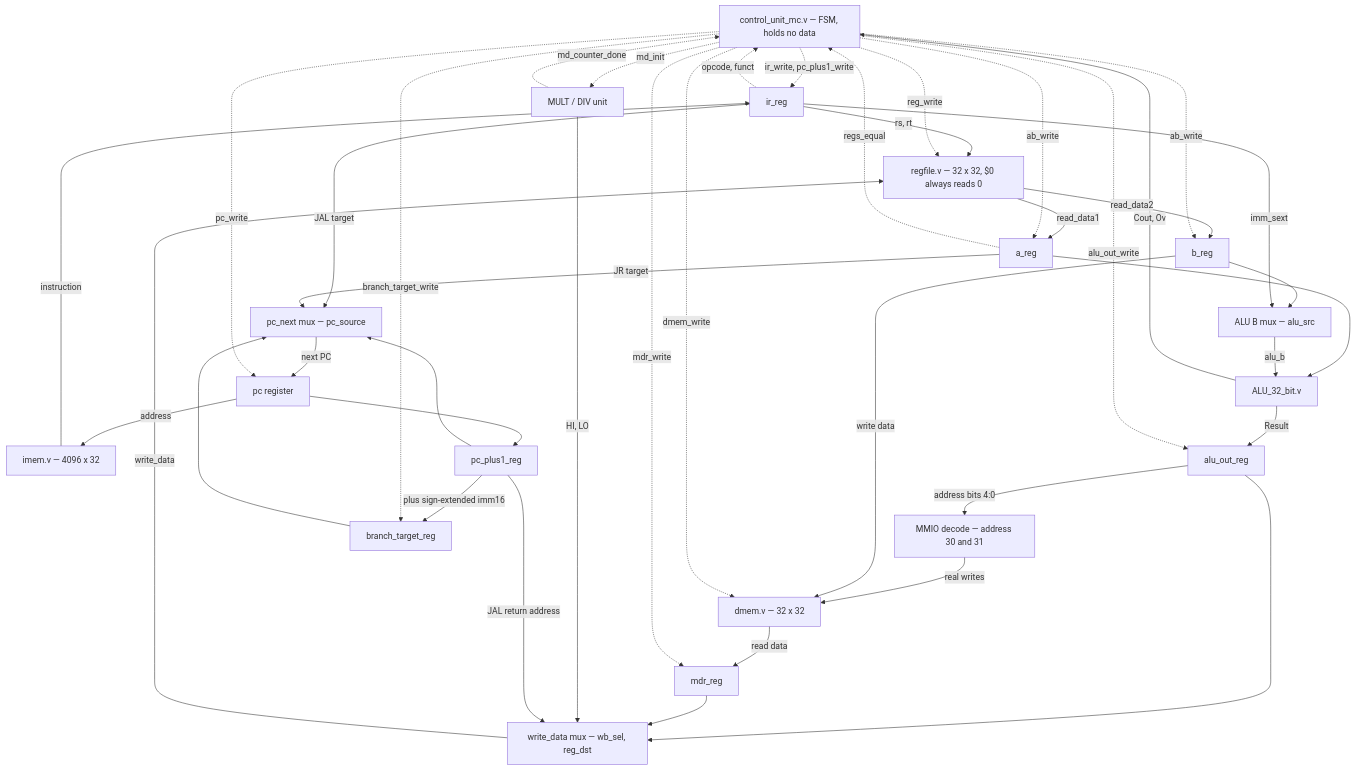
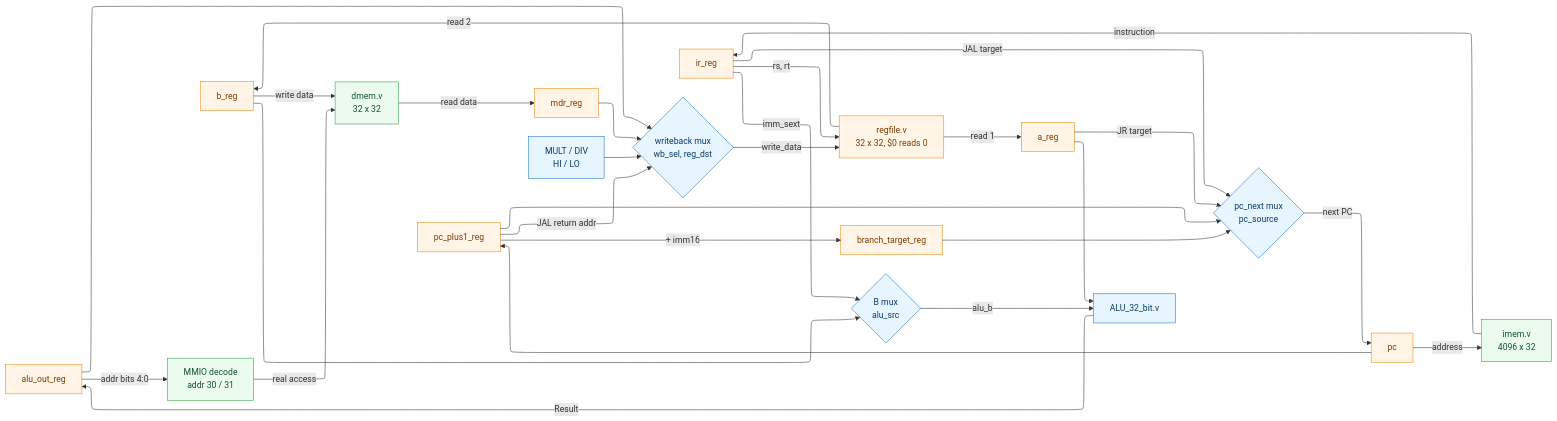
The second of 11 diagrams in ARCHITECTURE.md (AtikRahat/mips-multi-cycle-cpu), drawn with Mermaid before and after one commit. The commit also changed other lines of this file and 13 other files, not shown here.

First line of the commit message:
Switch architecture diagrams to the ELK layout engine

````diff
--- a/ARCHITECTURE.md
+++ b/ARCHITECTURE.md
@@ -86,70 +100,60 @@
 ```mermaid
-flowchart TD
-    FSM["control_unit_mc.v — FSM, holds no data"]
-
-    PC["pc register"]
-    IMEM["imem.v — 4096 x 32"]
+%%{init: {"flowchart": {"defaultRenderer": "elk"}} }%%
+flowchart LR
+    PC["pc"]
+    IMEM["imem.v<br/>4096 x 32"]
     IR["ir_reg"]
-    RF["regfile.v — 32 x 32, $0 always reads 0"]
+    PCPLUS["pc_plus1_reg"]
+    RF["regfile.v<br/>32 x 32, $0 reads 0"]
     A["a_reg"]
     B["b_reg"]
-    BMUX["ALU B mux — alu_src"]
+    BTR["branch_target_reg"]
+    BMUX{"B mux<br/>alu_src"}
     ALU["ALU_32_bit.v"]
     AO["alu_out_reg"]
-    MMIO["MMIO decode — address 30 and 31"]
-    DM["dmem.v — 32 x 32"]
+    MMIO["MMIO decode<br/>addr 30 / 31"]
+    DM["dmem.v<br/>32 x 32"]
     MDR["mdr_reg"]
-    WBMUX["write_data mux — wb_sel, reg_dst"]
-    MD["MULT / DIV unit"]
-    PCPLUS["pc_plus1_reg"]
-    BTR["branch_target_reg"]
-    PCMUX["pc_next mux — pc_source"]
+    MD["MULT / DIV<br/>HI / LO"]
+    WBMUX{"writeback mux<br/>wb_sel, reg_dst"}
+    PCMUX{"pc_next mux<br/>pc_source"}
 
     PC -->|address| IMEM
     IMEM -->|instruction| IR
     PC --> PCPLUS
-
     IR -->|"rs, rt"| RF
-    RF -->|read_data1| A
-    RF -->|read_data2| B
-    PCPLUS -->|"plus sign-extended imm16"| BTR
+    RF -->|read 1| A
+    RF -->|read 2| B
+    PCPLUS -->|"+ imm16"| BTR
 
     A --> ALU
     B --> BMUX
     IR -->|imm_sext| BMUX
     BMUX -->|alu_b| ALU
     ALU -->|Result| AO
-    ALU -->|"Cout, Ov"| FSM
 
-    AO -->|"address bits 4:0"| MMIO
-    MMIO -->|"real writes"| DM
+    AO -->|"addr bits 4:0"| MMIO
+    MMIO -->|"real access"| DM
     B -->|write data| DM
     DM -->|read data| MDR
 
     AO --> WBMUX
     MDR --> WBMUX
-    MD -->|"HI, LO"| WBMUX
+    MD --> WBMUX
+    PCPLUS -->|"JAL return addr"| WBMUX
     WBMUX -->|write_data| RF
 
-    PCPLUS -->|"JAL return address"| WBMUX
-    PCMUX -->|next PC| PC
     PCPLUS --> PCMUX
     BTR --> PCMUX
     IR -->|"JAL target"| PCMUX
     A -->|"JR target"| PCMUX
+    PCMUX -->|next PC| PC
 
-    FSM -.->|"ir_write, pc_plus1_write"| IR
-    FSM -.->|ab_write| A
-    FSM -.->|ab_write| B
-    FSM -.->|branch_target_write| BTR
-    FSM -.->|alu_out_write| AO
-    FSM -.->|pc_write| PC
-    FSM -.->|mdr_write| MDR
-    FSM -.->|reg_write| RF
-    FSM -.->|md_init| MD
-    FSM -.->|dmem_write| DM
+    classDef store fill:#fff4e6,stroke:#e8890c,color:#7a3d00
+    classDef mem fill:#ebfbee,stroke:#2f9e44,color:#14532d
+    classDef comp fill:#e7f5ff,stroke:#1971c2,color:#0b3d66
 
-    A -.->|regs_equal| FSM
-    IR -.->|"opcode, funct"| FSM
-    MD -.->|md_counter_done| FSM
+    class PC,IR,PCPLUS,A,B,BTR,AO,MDR,RF store
+    class IMEM,DM,MMIO mem
+    class ALU,MD,BMUX,WBMUX,PCMUX comp
 ```
````
